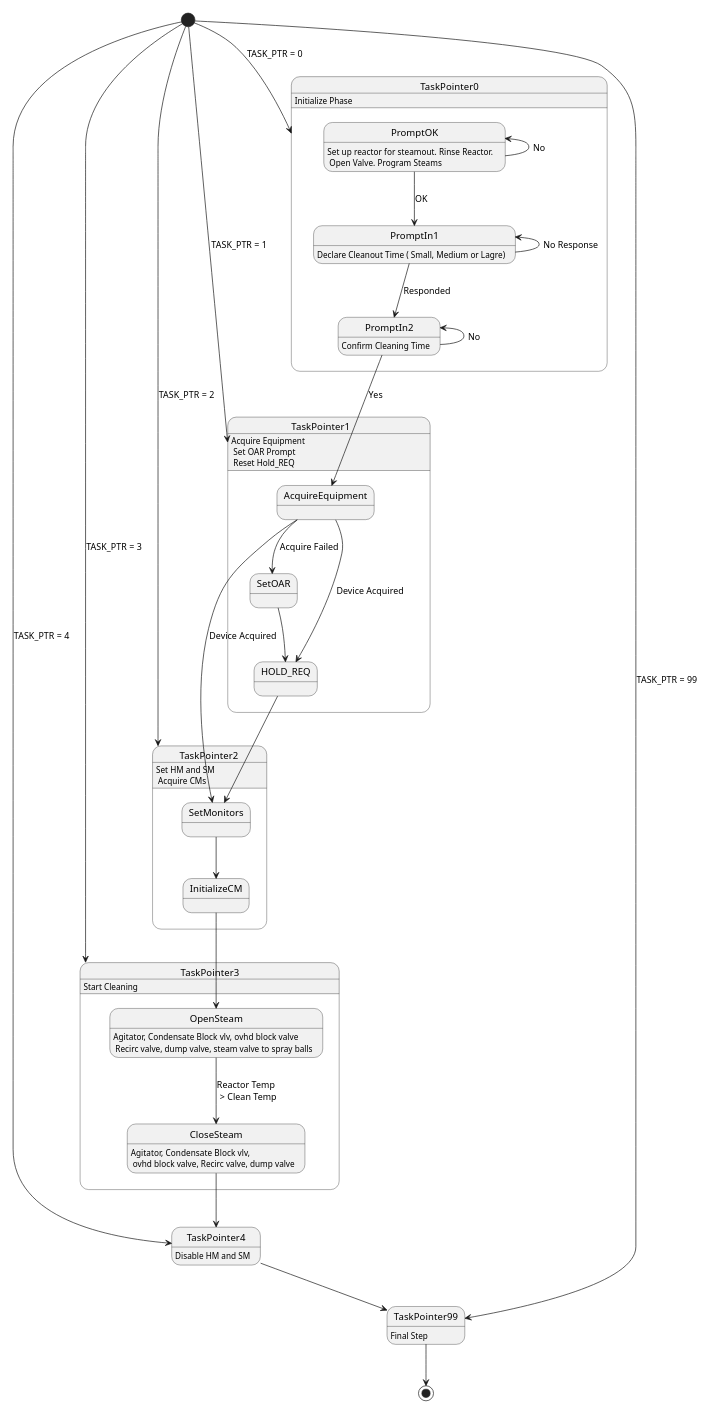
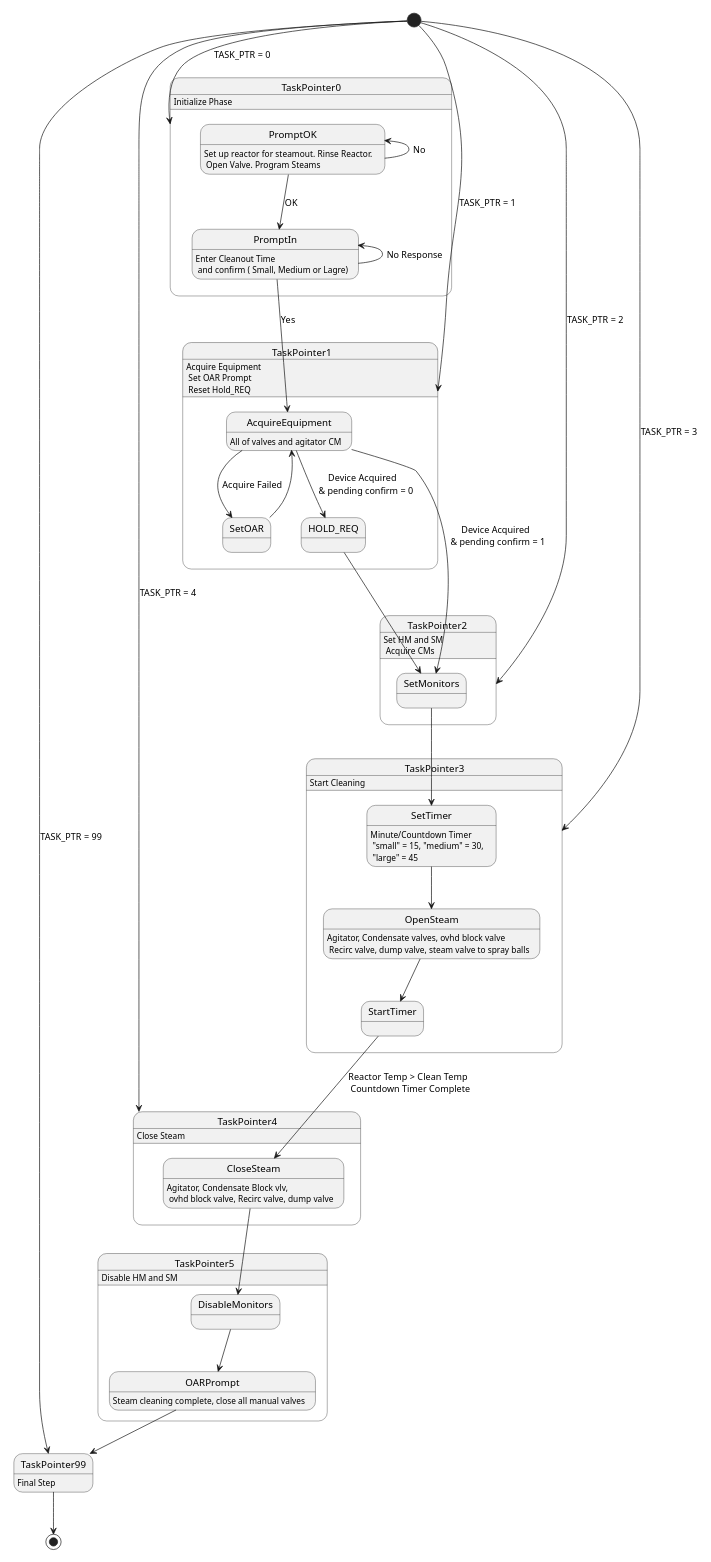
Before and after one commit to mekcrab/Solvay_test: the diagram in TESTSPEC_VPENG/PH_AL_CLN_STM.puml, drawn with PlantUML.

Commit message:
Added a countdown timer for steam cleaning

```diff
--- a/TESTSPEC_VPENG/PH_AL_CLN_STM.puml
+++ b/TESTSPEC_VPENG/PH_AL_CLN_STM.puml
@@ -1,72 +1,89 @@
 @startuml
 scale 550 width
 
 [*] --> TaskPointer0: TASK_PTR = 0
 [*] --> TaskPointer1: TASK_PTR = 1
 [*] --> TaskPointer2: TASK_PTR = 2
 [*] --> TaskPointer3: TASK_PTR = 3
 [*] --> TaskPointer4: TASK_PTR = 4
 [*] --> TaskPointer99: TASK_PTR = 99
 
 
 TaskPointer0: Initialize Phase
 state TaskPointer0{
 
 PromptOK: Set up reactor for steamout. Rinse Reactor. \n Open Valve. Program Steams
 PromptOK -up-> PromptOK: No
 
-PromptOK --> PromptIn1: OK
-PromptIn1: Declare Cleanout Time ( Small, Medium or Lagre)
-PromptIn1 -up-> PromptIn1: No Response
+PromptOK --> PromptIn: OK
+PromptIn: Enter Cleanout Time \n and confirm ( Small, Medium or Lagre)
+PromptIn -up-> PromptIn: No Response
 
-PromptIn1 --> PromptIn2: Responded
-PromptIn2: Confirm Cleaning Time
-PromptIn2 -up-> PromptIn2: No
 
 }
 
 
 TaskPointer1:  Acquire Equipment \n Set OAR Prompt \n Reset Hold_REQ
 
 state TaskPointer1 {
 
-PromptIn2 --> AcquireEquipment: Yes
+PromptIn --> AcquireEquipment: Yes
 AcquireEquipment --> SetOAR: Acquire Failed
-SetOAR --> HOLD_REQ
-AcquireEquipment --> HOLD_REQ: Device Acquired
+AcquireEquipment: All of valves and agitator CM
+SetOAR --> AcquireEquipment
+AcquireEquipment --> HOLD_REQ: Device Acquired  \n & pending confirm = 0
+
 
 }
 
 
 
 TaskPointer2: Set HM and SM \n Acquire CMs
 
 state TaskPointer2 {
 
-AcquireEquipment --> SetMonitors: Device Acquired
+AcquireEquipment --> SetMonitors: Device Acquired \n & pending confirm = 1
 HOLD_REQ --> SetMonitors
-SetMonitors --> InitializeCM
-
 
 }
 
 
 TaskPointer3: Start Cleaning
 
 state TaskPointer3 {
 
-InitializeCM --> OpenSteam
-OpenSteam --> CloseSteam: Reactor Temp \n > Clean Temp
-OpenSteam: Agitator, Condensate Block vlv, ovhd block valve \n Recirc valve, dump valve, steam valve to spray balls
+SetMonitors --> SetTimer
+SetTimer: Minute/Countdown Timer \n "small" = 15, "medium" = 30, \n "large" = 45
+
+SetTimer --> OpenSteam
+OpenSteam: Agitator, Condensate valves, ovhd block valve \n Recirc valve, dump valve, steam valve to spray balls
+
+OpenSteam --> StartTimer
+
+}
+
+
+TaskPointer4: Close Steam
+state TaskPointer4{
+StartTimer --> CloseSteam: Reactor Temp > Clean Temp \n Countdown Timer Complete
 CloseSteam: Agitator, Condensate Block vlv, \n ovhd block valve, Recirc valve, dump valve
 
 }
 
-CloseSteam --> TaskPointer4
-TaskPointer4: Disable HM and SM
 
-TaskPointer4 --> TaskPointer99
+TaskPointer5: Disable HM and SM
+
+state TaskPointer5 {
+CloseSteam --> DisableMonitors
+
+DisableMonitors --> OARPrompt
+
+OARPrompt --> TaskPointer99
+OARPrompt: Steam cleaning complete, close all manual valves
+
+}
+
 TaskPointer99: Final Step
 
 TaskPointer99 --> [*]
 @enduml
```
